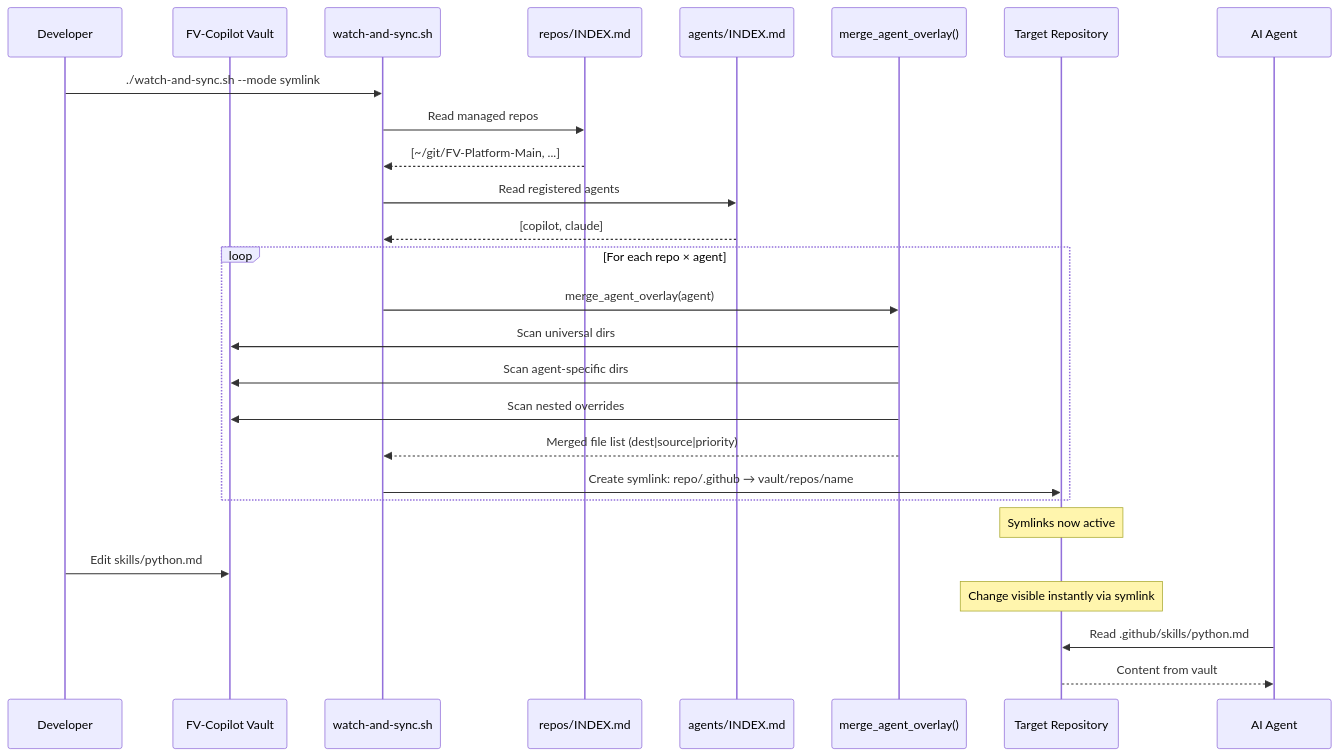
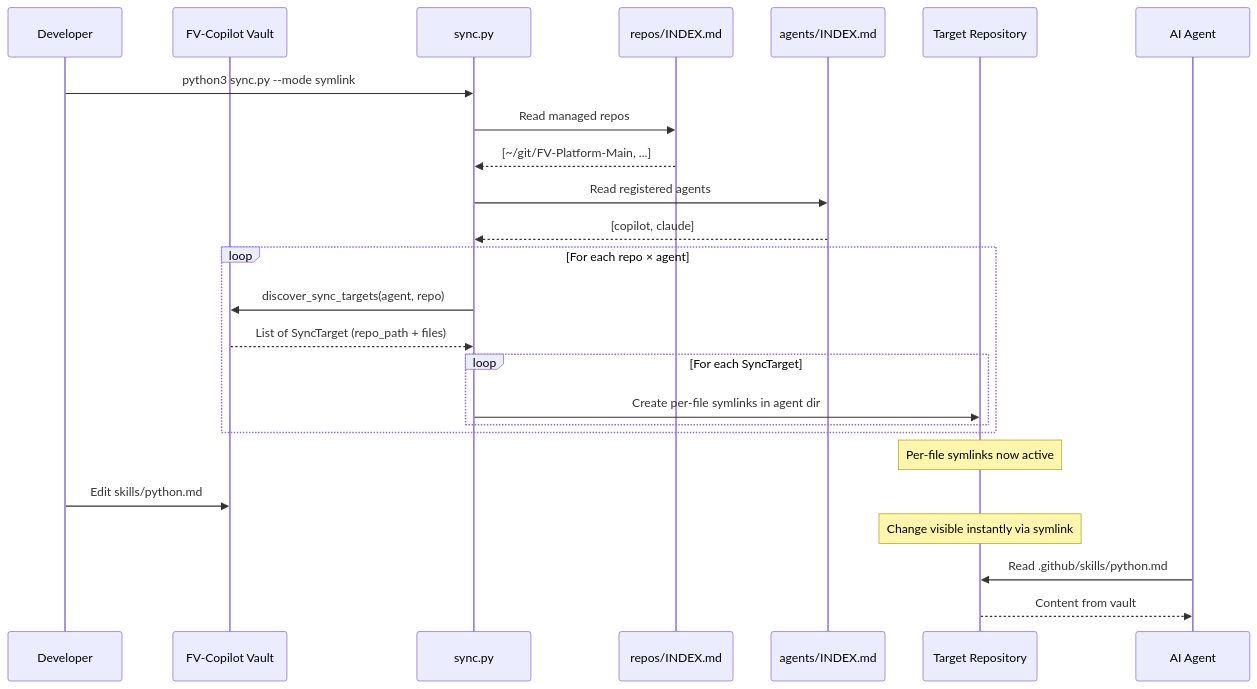
Diagram 14 of 16 in docs/DESIGN-DIAGRAMS.md (ElliottBregni/obscura), drawn with Mermaid before and after one commit. The commit also changed other lines of this file and 35 other files, not shown here.

````diff
--- a/docs/DESIGN-DIAGRAMS.md
+++ b/docs/DESIGN-DIAGRAMS.md
@@ -716,33 +428,31 @@
 ```mermaid
 sequenceDiagram
     participant User as Developer
     participant Vault as FV-Copilot Vault
-    participant Script as watch-and-sync.sh
+    participant Sync as sync.py
     participant Index as repos/INDEX.md
     participant AgentIdx as agents/INDEX.md
-    participant Overlay as merge_agent_overlay()
     participant Repo as Target Repository
     participant Agent as AI Agent
 
-    User->>Script: ./watch-and-sync.sh --mode symlink
-    Script->>Index: Read managed repos
-    Index-->>Script: [~/git/FV-Platform-Main, ...]
-    Script->>AgentIdx: Read registered agents
-    AgentIdx-->>Script: [copilot, claude]
+    User->>Sync: python3 sync.py --mode symlink
+    Sync->>Index: Read managed repos
+    Index-->>Sync: [~/git/FV-Platform-Main, ...]
+    Sync->>AgentIdx: Read registered agents
+    AgentIdx-->>Sync: [copilot, claude]
 
     loop For each repo × agent
-        Script->>Overlay: merge_agent_overlay(agent)
-        Overlay->>Vault: Scan universal dirs
-        Overlay->>Vault: Scan agent-specific dirs
-        Overlay->>Vault: Scan nested overrides
-        Overlay-->>Script: Merged file list (dest|source|priority)
-        Script->>Repo: Create symlink: repo/.github → vault/repos/name
+        Sync->>Vault: discover_sync_targets(agent, repo)
+        Vault-->>Sync: List of SyncTarget (repo_path + files)
+        loop For each SyncTarget
+            Sync->>Repo: Create per-file symlinks in agent dir
+        end
     end
 
-    Note over Repo: Symlinks now active
+    Note over Repo: Per-file symlinks now active
 
     User->>Vault: Edit skills/python.md
     Note over Repo: Change visible instantly via symlink
     Agent->>Repo: Read .github/skills/python.md
     Repo-->>Agent: Content from vault
 ```
````
